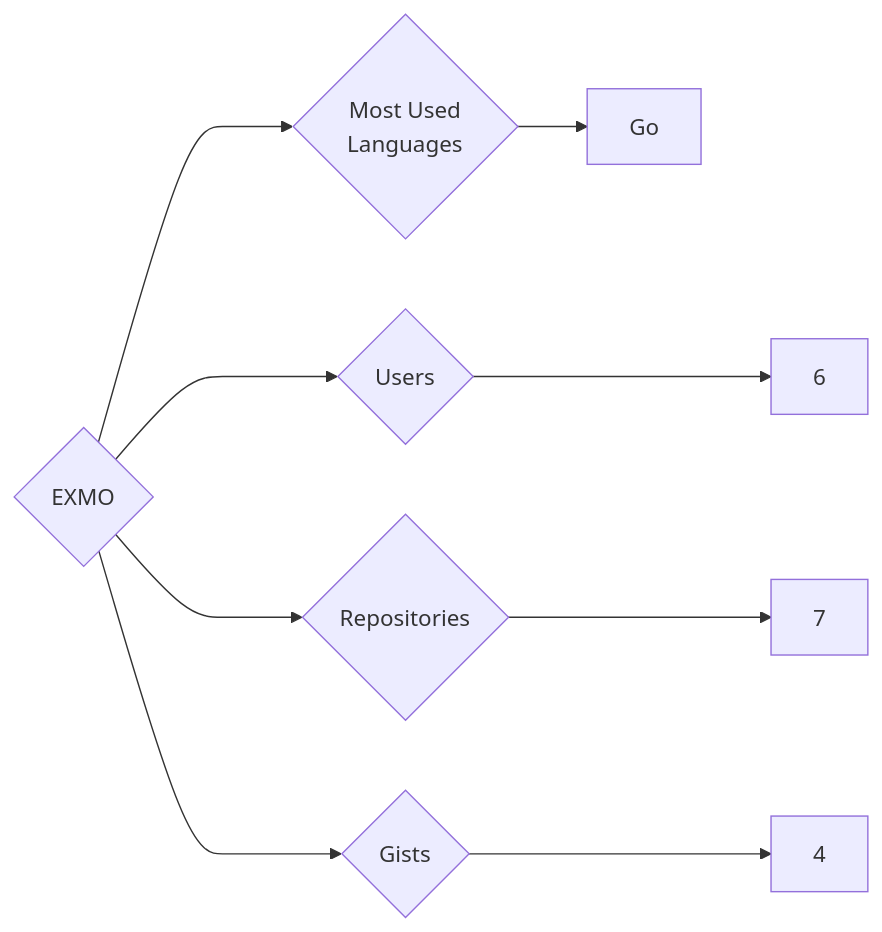
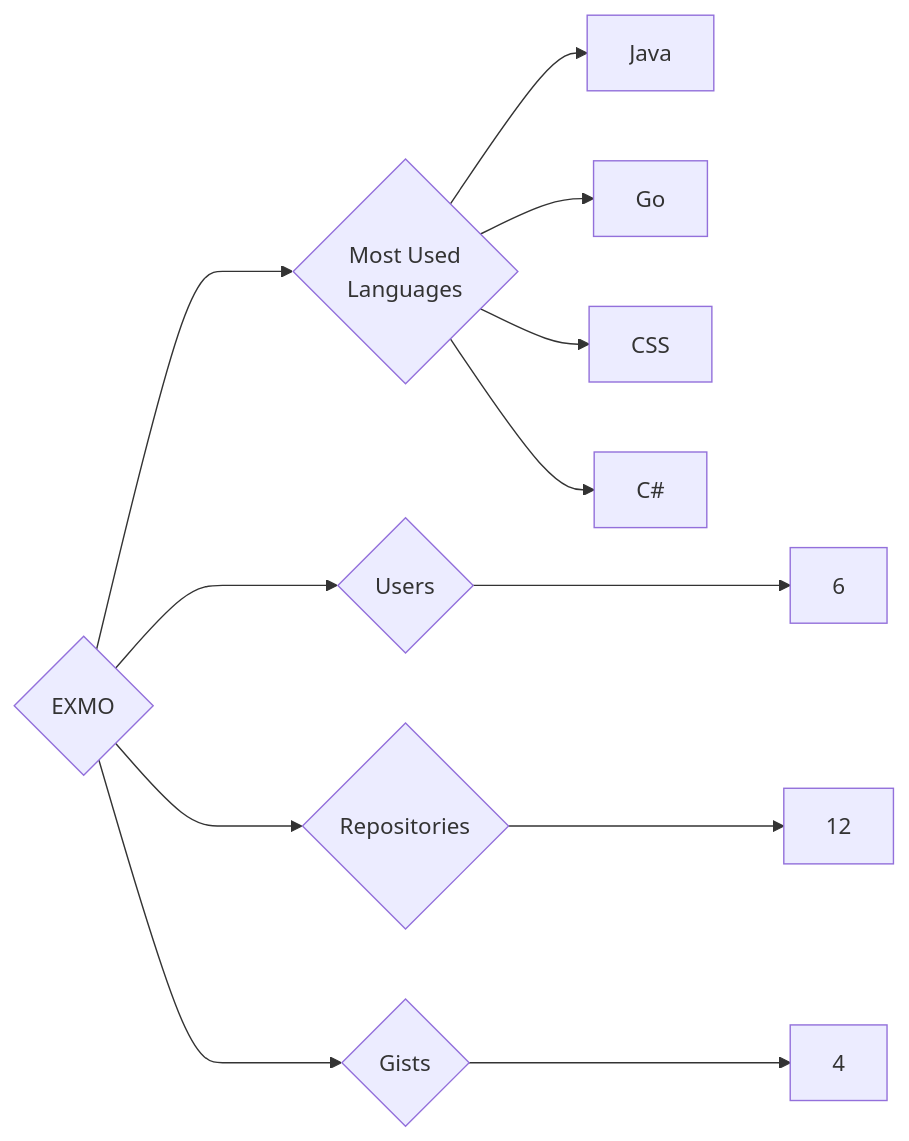
One commit to trickest/insiders changed the diagram in targets/EXMO/README.md. Above: the diagram before and after it, drawn with Mermaid. The commit also changed 1036 other files, not shown here.

````diff
--- a/targets/EXMO/README.md
+++ b/targets/EXMO/README.md
@@ -3,9 +3,12 @@
 ```mermaid
 graph LR
 COMPANY_NAME{EXMO}
 COMPANY_NAME ---> U{Users} ---> UN[6]
-COMPANY_NAME ---> R{Repositories} ---> RN[7]
+COMPANY_NAME ---> R{Repositories} ---> RN[12]
 COMPANY_NAME ---> G{Gists} ---> GN[4]
 COMPANY_NAME ---> ML{Most Used<br>Languages}
+ML --> Java[Java]
 ML --> Go[Go]
+ML --> CSS[CSS]
+ML --> C#[C#]
 ```
````
